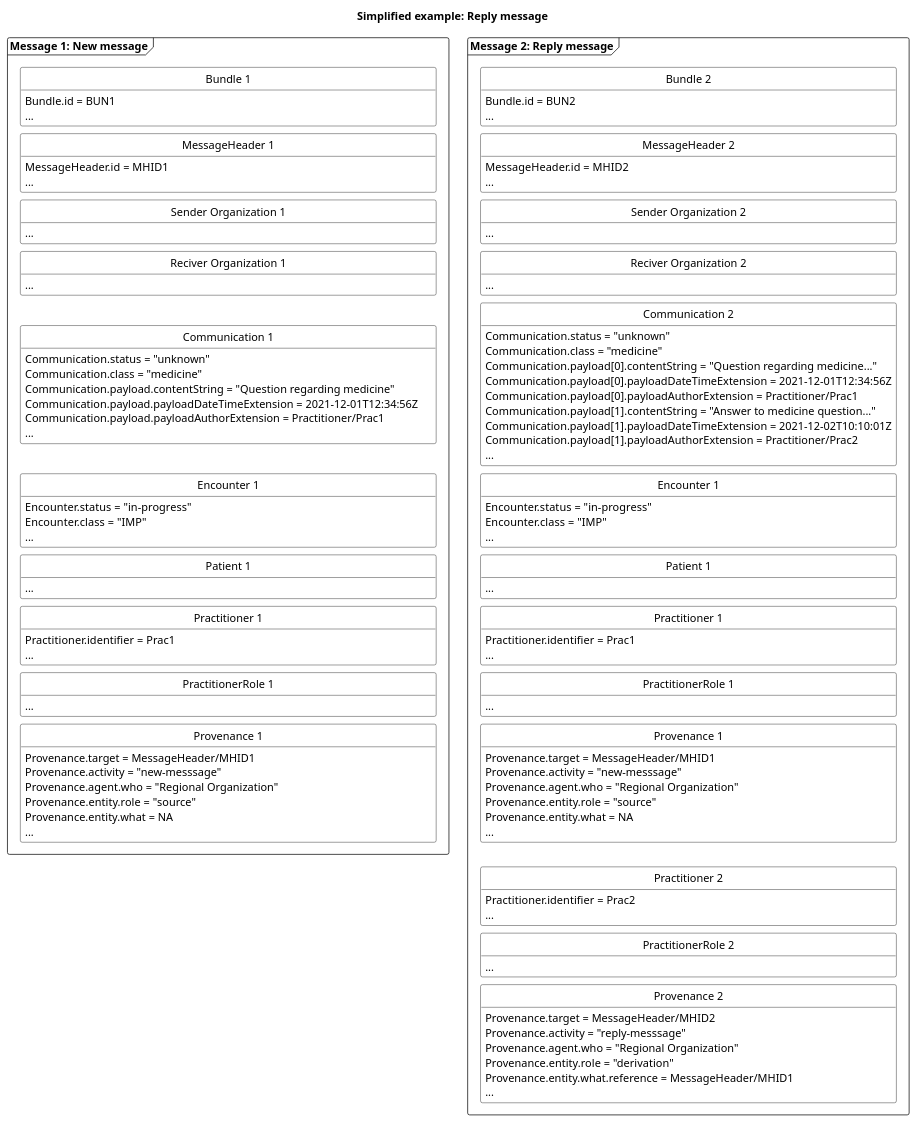
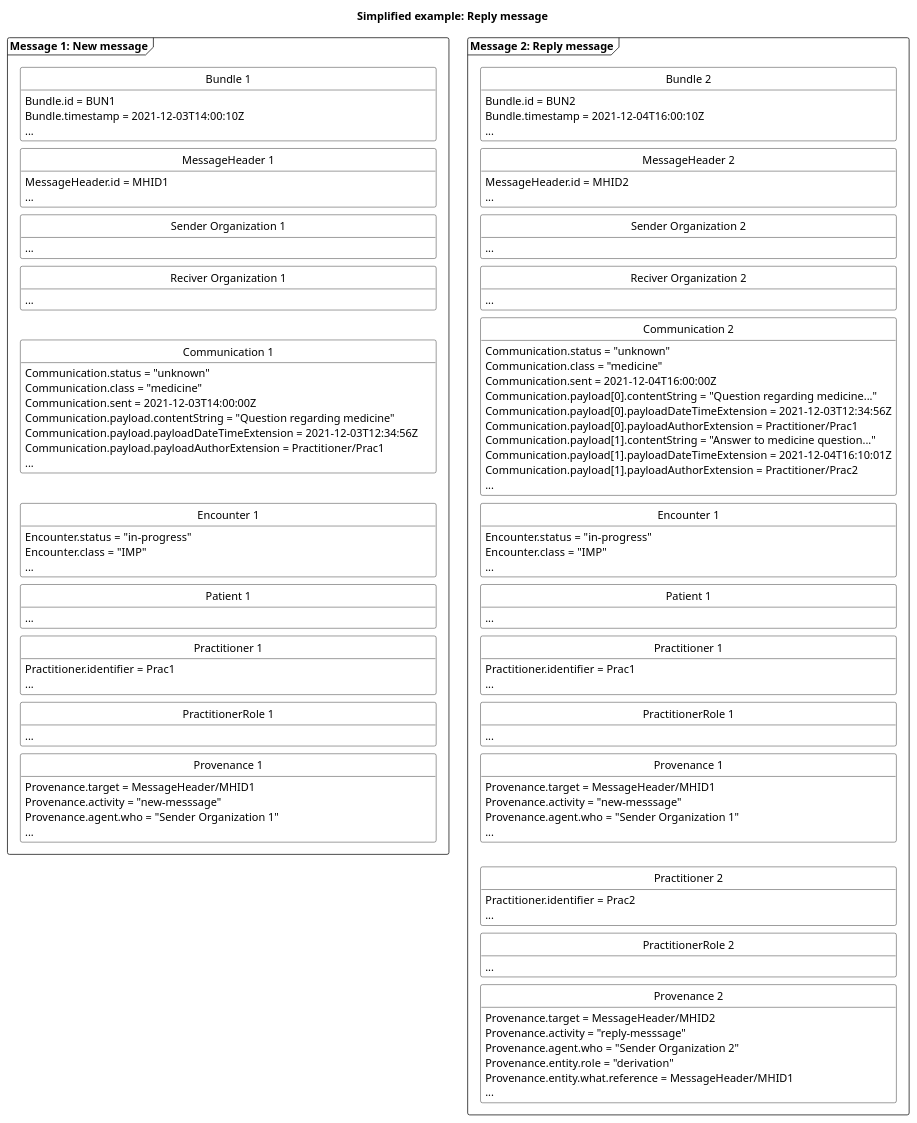
Before and after one commit to medcomdk/dk-medcom-carecommunication: the diagram in puml/CareCommunicationReplyMessage.puml, drawn with PlantUML. The commit also changed 30 other files, not shown here.

```diff
--- a/puml/CareCommunicationReplyMessage.puml
+++ b/puml/CareCommunicationReplyMessage.puml
@@ -1,167 +1,167 @@
 @startuml CCReplyMessage
 
 'layout
 skinparam class {
     BackgroundColor White
     BorderColor Black
     ArrowColor Black
   }
 hide circle
 hide empty members
 skinparam SameClassWidth true
 skinparam Ranksep 10
 
 
 'title
 title Simplified example: Reply message
 
 'Message 1: New message
 package "Message 1: New message" as new <<Frame>>{
     class "Bundle 1" as newB {
         Bundle.id = BUN1
+        Bundle.timestamp = 2021-12-03T14:00:10Z
         ...
     }
     class "MessageHeader 1" as newMH{
         MessageHeader.id = MHID1
         ...
     }
     class "Sender Organization 1" as newSOrg{
         ...
     }
     class "Reciver Organization 1" as newROrg{
         ...
     }
     class "Communication 1" as newCom{
         Communication.status = "unknown"
         Communication.class = "medicine"
+        Communication.sent = 2021-12-03T14:00:00Z        
         Communication.payload.contentString = "Question regarding medicine"
-        Communication.payload.payloadDateTimeExtension = 2021-12-01T12:34:56Z
+        Communication.payload.payloadDateTimeExtension = 2021-12-03T12:34:56Z
         Communication.payload.payloadAuthorExtension = Practitioner/Prac1
         ...
     }
     class "Encounter 1" as newENC{
         Encounter.status = "in-progress"
         Encounter.class = "IMP"
         ...
     }
     class "Patient 1" as newPT{
         ...
     }
     class "Practitioner 1" as newPrac{
         Practitioner.identifier = Prac1
         ...
     }
     class "PractitionerRole 1" as newPracR{
         ...
     }
     class "Provenance 1" as newPRO{
         Provenance.target = MessageHeader/MHID1
         Provenance.activity = "new-messsage"
-        Provenance.agent.who = "Regional Organization"
-        Provenance.entity.role = "source"
-        Provenance.entity.what = NA
+        Provenance.agent.who = "Sender Organization 1"
         ...
     }
 
 newB -[hidden]- newMH
 newMH -[hidden]- newSOrg
 newSOrg-[hidden]-newROrg
 newROrg-[hidden]-newCom
 newCom -[hidden]- newENC
 newENC-[hidden]-newPT
 newPT-[hidden]-newPrac
 newPrac-[hidden]-newPracR
 newPracR-[hidden]-newPRO
 
 
 
 }
 
 'Message 2: reply inpatient
 package "Message 2: Reply message" as reply <<Frame>>{
     class "Bundle 2" as replyB {
         Bundle.id = BUN2
+        Bundle.timestamp = 2021-12-04T16:00:10Z
         ...
     }
     class "MessageHeader 2" as replyMH{
         MessageHeader.id = MHID2
         ...
     }
     class "Sender Organization 2" as replySOrg{
         ...
     }
     class "Reciver Organization 2" as replyROrg{
         ...
     }
     class "Communication 2" as newreplyCom{
         Communication.status = "unknown"
         Communication.class = "medicine"
+        Communication.sent = 2021-12-04T16:00:00Z
         Communication.payload[0].contentString = "Question regarding medicine..."
-        Communication.payload[0].payloadDateTimeExtension = 2021-12-01T12:34:56Z
+        Communication.payload[0].payloadDateTimeExtension = 2021-12-03T12:34:56Z
         Communication.payload[0].payloadAuthorExtension = Practitioner/Prac1
         Communication.payload[1].contentString = "Answer to medicine question..."
-        Communication.payload[1].payloadDateTimeExtension = 2021-12-02T10:10:01Z
+        Communication.payload[1].payloadDateTimeExtension = 2021-12-04T16:10:01Z
         Communication.payload[1].payloadAuthorExtension = Practitioner/Prac2
         ...
     }
     class "Encounter 1" as newreplyENC{
         Encounter.status = "in-progress"
         Encounter.class = "IMP"
         ...
     }
     class "Patient 1" as newreplyPT{
         ...
     }
     class "Practitioner 1" as newreplyPrac{
         Practitioner.identifier = Prac1
         ...
     }
     class "PractitionerRole 1" as newreplyPracR{
         ...
     }
     class "Provenance 1" as newreplyPRO{
         Provenance.target = MessageHeader/MHID1
         Provenance.activity = "new-messsage"
-        Provenance.agent.who = "Regional Organization"
-        Provenance.entity.role = "source"
-        Provenance.entity.what = NA
+        Provenance.agent.who = "Sender Organization 1"
         ...
     }
     class "Practitioner 2" as replyPrac{
         Practitioner.identifier = Prac2
         ...
     }
     class "PractitionerRole 2" as replyPracR{
         ...
     }    
     class "Provenance 2" as replyPRO{
         Provenance.target = MessageHeader/MHID2
         Provenance.activity = "reply-messsage"
-        Provenance.agent.who = "Regional Organization"
+        Provenance.agent.who = "Sender Organization 2"
         Provenance.entity.role = "derivation"
         Provenance.entity.what.reference = MessageHeader/MHID1
         ...
     }
 
 replyB -[hidden]- replyMH
 replyMH -[hidden]- replySOrg
 replySOrg-[hidden]-replyROrg
 replyROrg-[hidden]-newreplyCom
 newreplyCom -[hidden]- newreplyENC
 newreplyENC-[hidden]-newreplyPT
 newreplyPT-[hidden]-newreplyPrac
 newreplyPrac-[hidden]-newreplyPracR
 newreplyPracR-[hidden]-newreplyPRO
 newreplyPRO-[hidden]-replyPrac
 replyPrac-[hidden]-replyPracR
 replyPracR-[hidden]-replyPRO
 
 
 
 }
 
 ' pile mellem de to beskeder
 ' admit --> finished
 
 
 @enduml
```
